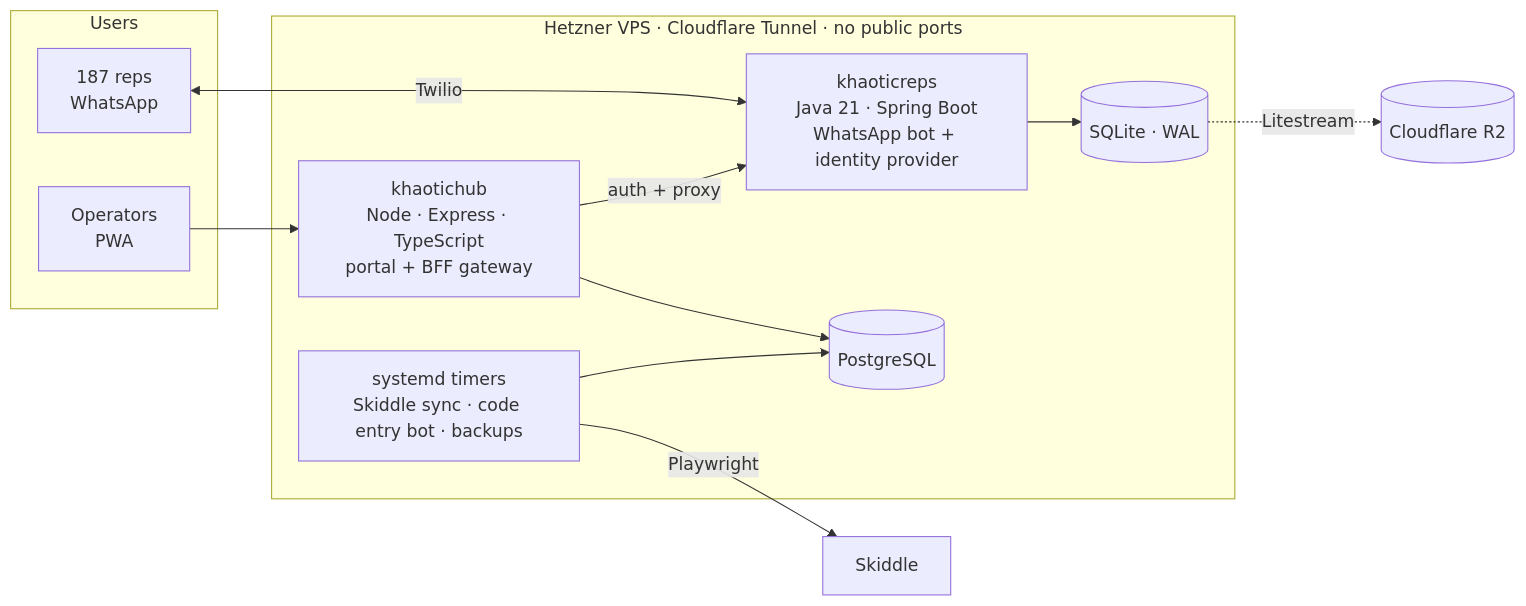
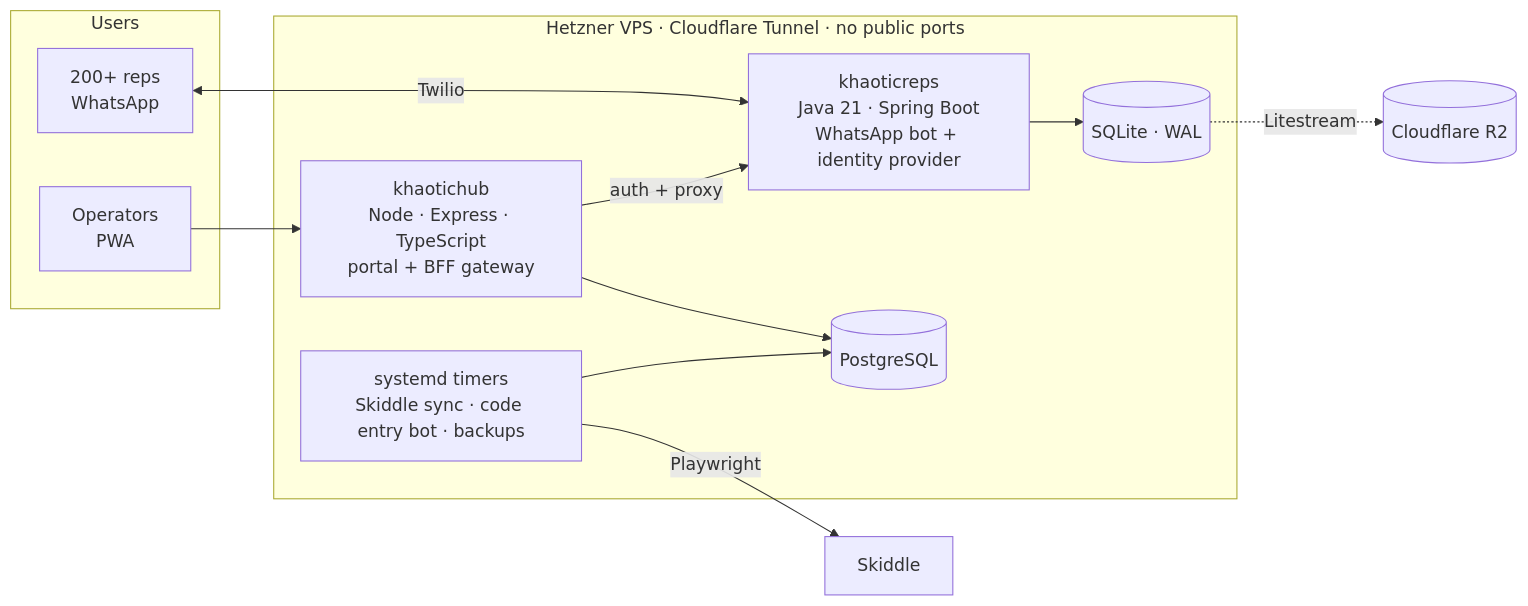
The diagram in README.md (AlexanderBeattie/AlexanderBeattie), drawn with Mermaid before and after one commit. The commit also changed other lines of this file, not shown here.

````diff
--- a/README.md
+++ b/README.md
@@ -39,24 +39,24 @@
 ```mermaid
 flowchart LR
     subgraph Users
-        R[187 reps<br/>WhatsApp]
+        R[200+ reps<br/>WhatsApp]
         O[Operators<br/>PWA]
     end
 
     subgraph VPS["Hetzner VPS · Cloudflare Tunnel · no public ports"]
         HUB["khaotichub<br/>Node · Express · TypeScript<br/>portal + BFF gateway"]
         REPS["khaoticreps<br/>Java 21 · Spring Boot<br/>WhatsApp bot + identity provider"]
         PG[(PostgreSQL)]
         SQ[(SQLite · WAL)]
         JOBS["systemd timers<br/>Skiddle sync · code entry bot · backups"]
     end
 
     R <--> |Twilio| REPS
     O --> HUB
     HUB --> |auth + proxy| REPS
     HUB --> PG
     REPS --> SQ
     JOBS --> PG
     JOBS --> |Playwright| SK[Skiddle]
     SQ -.-> |Litestream| R2[(Cloudflare R2)]
 ```
````
